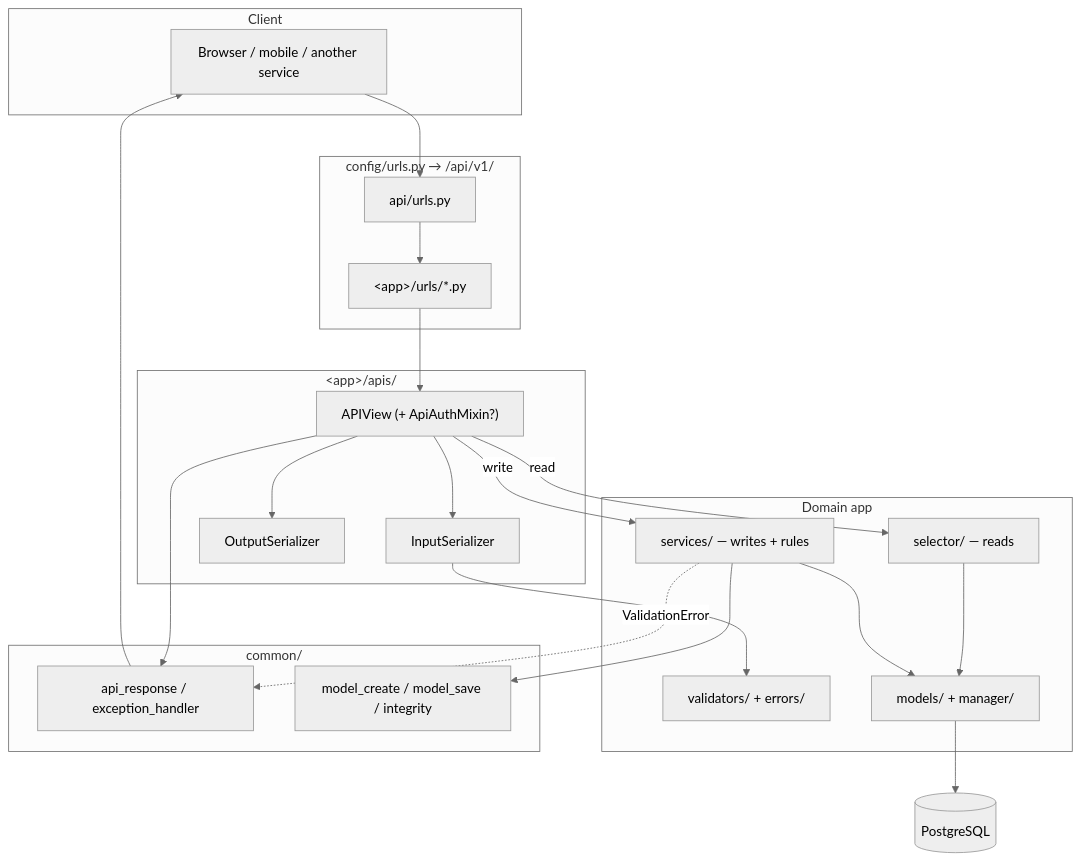
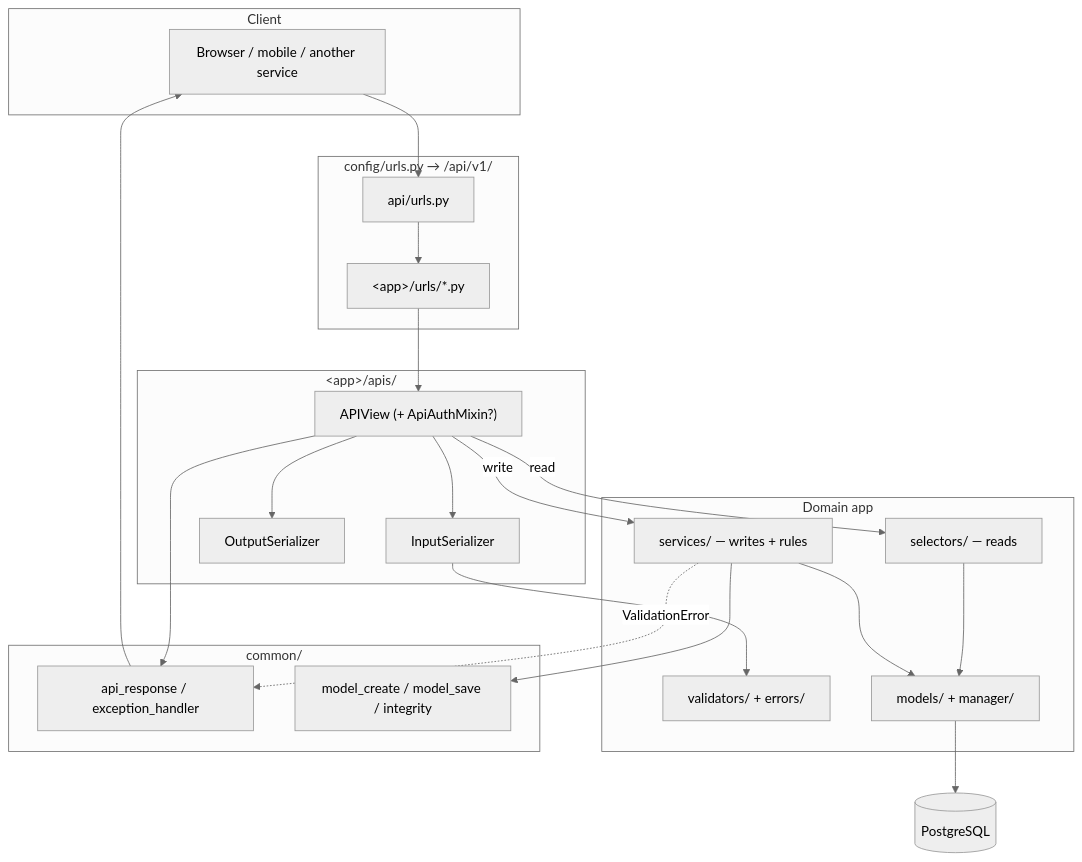
Before and after one commit to alidanial7/django-style-guide: the first of 3 diagrams in {{cookiecutter.project_name}}/docs/style-guide/structure/architecture.md, drawn with Mermaid (neutral theme). The commit also changed other lines of this file and 29 other files, not shown here.

````diff
--- a/{{cookiecutter.project_name}}/docs/style-guide/structure/architecture.md
+++ b/{{cookiecutter.project_name}}/docs/style-guide/structure/architecture.md
@@ -29,45 +29,45 @@
 ```mermaid
 flowchart TB
     subgraph Client
         C[Browser / mobile / another service]
     end
 
     subgraph HTTP["config/urls.py → /api/v1/"]
         U[api/urls.py]
         APP_U["&lt;app&gt;/urls/*.py"]
     end
 
     subgraph API["&lt;app&gt;/apis/"]
         V["APIView (+ ApiAuthMixin?)"]
         IN[InputSerializer]
         OUT[OutputSerializer]
     end
 
     subgraph Domain["Domain app"]
-        SEL[selector/ — reads]
+        SEL[selectors/ — reads]
         SVC[services/ — writes + rules]
         VAL[validators/ + errors/]
         MOD[models/ + manager/]
     end
 
     subgraph Platform["common/"]
         ENV[api_response / exception_handler]
         HELP[model_create / model_save / integrity]
     end
 
     DB[(PostgreSQL)]
 
     C --> U --> APP_U --> V
     V --> IN
     IN --> VAL
     V -->|read| SEL
     V -->|write| SVC
     SEL --> MOD
     SVC --> HELP
     SVC --> MOD
     MOD --> DB
     V --> OUT
     V --> ENV
     SVC -.->|ValidationError| ENV
     ENV --> C
 ```
````
